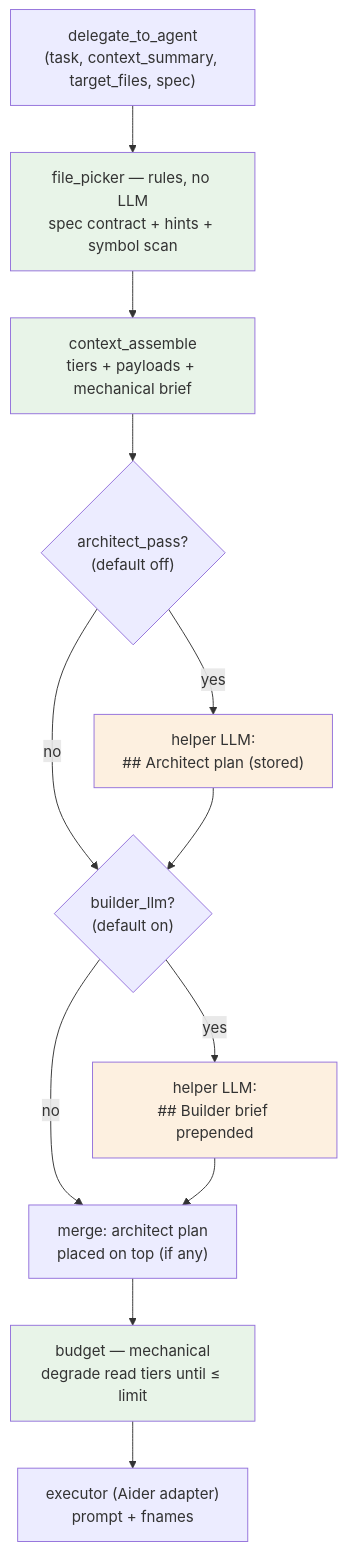
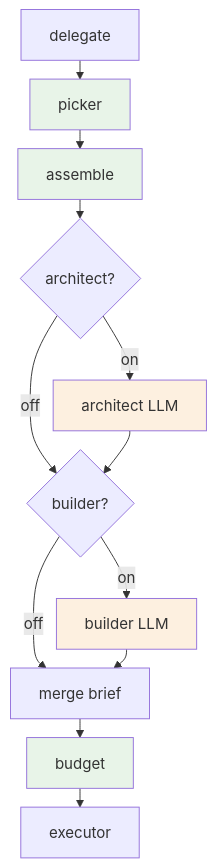
One commit to amirharati/mcp_coder changed the second of 7 diagrams in docs/guide/tutorials/04-context-compiler.md. Above: the diagram before and after it, drawn with Mermaid. The commit also changed other lines of this file, not shown here.

First line of the commit message:
docs(guide): compact T-04 mermaid diagrams

````diff
--- a/docs/guide/tutorials/04-context-compiler.md
+++ b/docs/guide/tutorials/04-context-compiler.md
@@ -174,25 +165,19 @@
 ```mermaid
-flowchart TD
-    IN["delegate_to_agent<br/>(task, context_summary, target_files, spec)"] --> PK
-
-    PK["file_picker — rules, no LLM<br/>spec contract + hints + symbol scan"] --> AS
-    AS["context_assemble<br/>tiers + payloads + mechanical brief"] --> AR
-
-    AR{"architect_pass?<br/>(default off)"} -- yes --> ARP["helper LLM:<br/>## Architect plan (stored)"]
-    AR -- no --> BL
-    ARP --> BL
-
-    BL{"builder_llm?<br/>(default on)"} -- yes --> BLP["helper LLM:<br/>## Builder brief prepended"]
-    BL -- no --> MG
-    BLP --> MG
-
-    MG["merge: architect plan<br/>placed on top (if any)"] --> BU
-    BU["budget — mechanical<br/>degrade read tiers until ≤ limit"] --> EXE
-    EXE["executor (Aider adapter)<br/>prompt + fnames"]
+%%{init: {'flowchart': {'nodeSpacing': 8, 'rankSpacing': 20}}}%%
+flowchart TB
+    IN[delegate] --> PK[picker]
+    PK --> AS[assemble]
+    AS --> AR{architect?}
+    AR -->|off| BL{builder?}
+    AR -->|on| ARP[architect LLM] --> BL
+    BL -->|off| MG[merge brief]
+    BL -->|on| BLP[builder LLM] --> MG
+    MG --> BU[budget]
+    BU --> EX[executor]
 
     style PK fill:#e8f4e8
     style AS fill:#e8f4e8
     style BU fill:#e8f4e8
     style ARP fill:#fdf0e0
     style BLP fill:#fdf0e0
 ```
````
